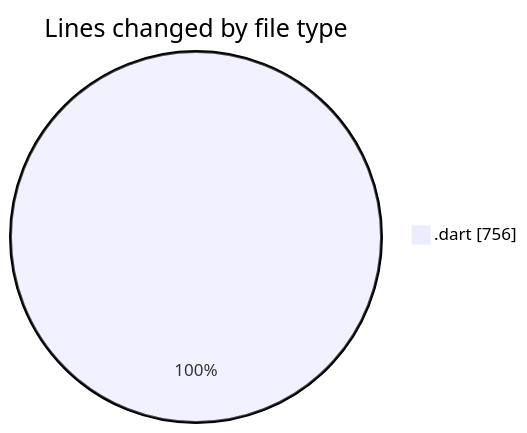
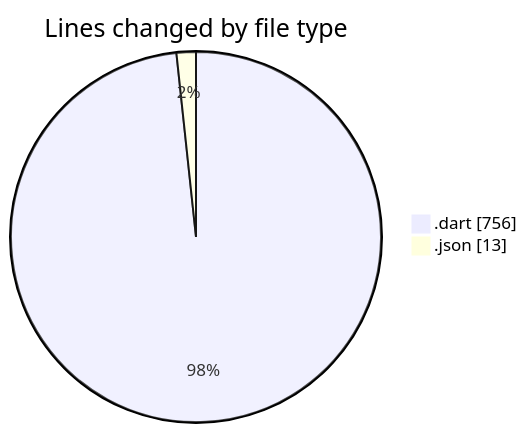
Before and after one commit to lephambinh05/code-tracking: the first of 2 diagrams in 2025-09-08/quanlylink/README.md, drawn with Mermaid. The commit also changed other lines of this file and 1 other file, not shown here.

````diff
--- a/2025-09-08/quanlylink/README.md
+++ b/2025-09-08/quanlylink/README.md
@@ -23,5 +24,6 @@
 ```mermaid
 pie showData
 title Lines changed by file type
 ".dart" : 756
+".json" : 13
 ```
````
